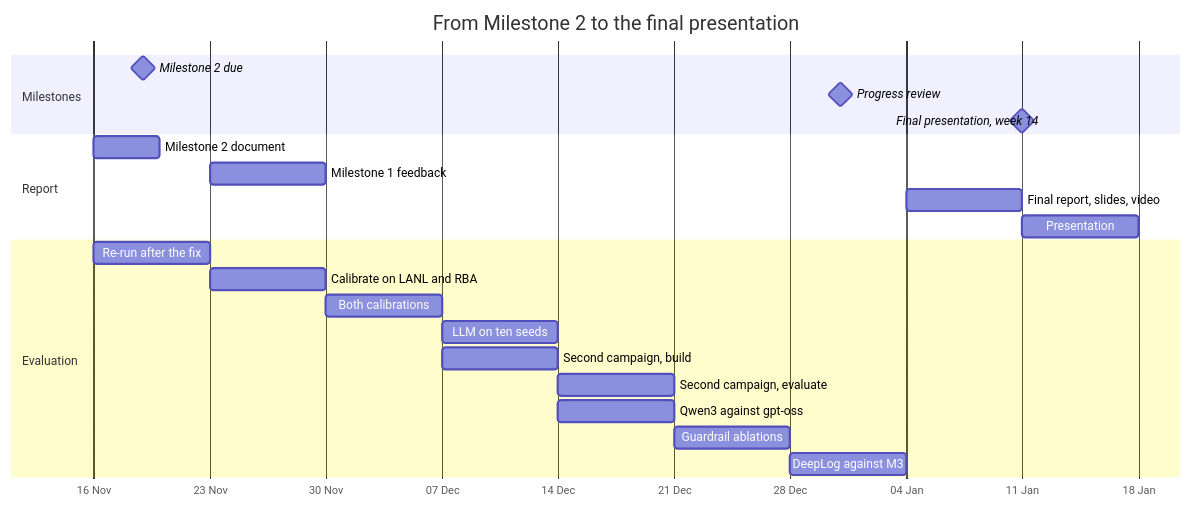
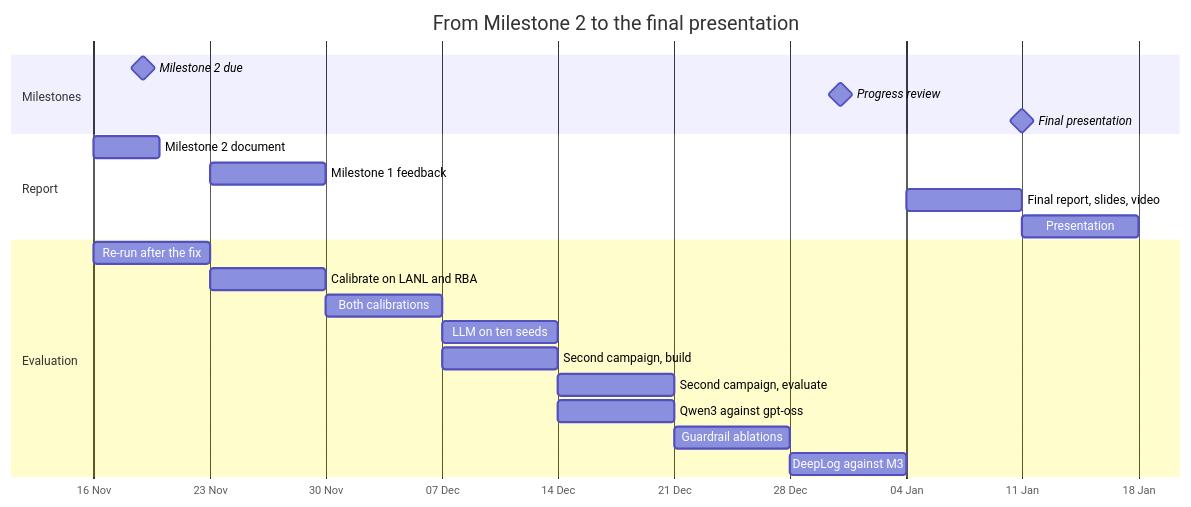
The sixth of 6 diagrams in docs/architecture/README.md (Chris91ss/ai4ci-agentic-soc), drawn with Mermaid before and after one commit.

Commit message:
docs(architecture): shorten the final milestone's label
On GitHub "Final presentation, week 14" ran into its own diamond in the
timeline. The week is stated in the text and the table above it.

````diff
--- a/docs/architecture/README.md
+++ b/docs/architecture/README.md
@@ -381,27 +381,27 @@
 ```mermaid
 gantt
     title From Milestone 2 to the final presentation
     dateFormat YYYY-MM-DD
     axisFormat %d %b
     tickInterval 1week
     weekday monday
     section Milestones
     Milestone 2 due              :milestone, 2026-11-19, 0d
     Progress review              :milestone, 2026-12-31, 0d
-    Final presentation, week 14  :milestone, 2027-01-11, 0d
+    Final presentation           :milestone, 2027-01-11, 0d
     section Report
     Milestone 2 document         :2026-11-16, 4d
     Milestone 1 feedback         :2026-11-23, 7d
     Final report, slides, video  :2027-01-04, 7d
     Presentation                 :2027-01-11, 7d
     section Evaluation
     Re-run after the fix         :2026-11-16, 7d
     Calibrate on LANL and RBA    :2026-11-23, 7d
     Both calibrations            :2026-11-30, 7d
     LLM on ten seeds             :2026-12-07, 7d
     Second campaign, build       :2026-12-07, 7d
     Second campaign, evaluate    :2026-12-14, 7d
     Qwen3 against gpt-oss        :2026-12-14, 7d
     Guardrail ablations          :2026-12-21, 7d
     DeepLog against M3           :2026-12-28, 7d
 ```
````
